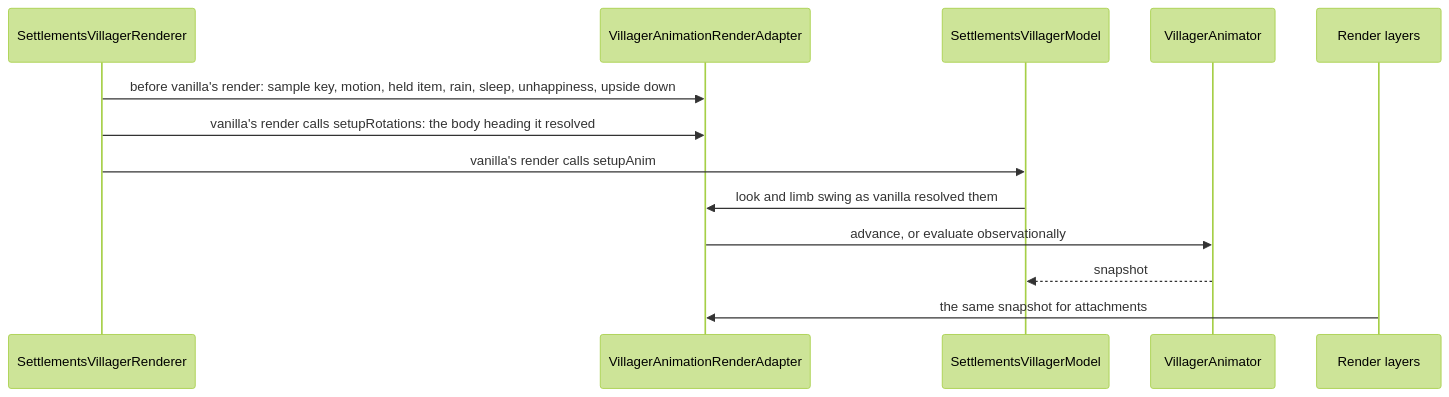
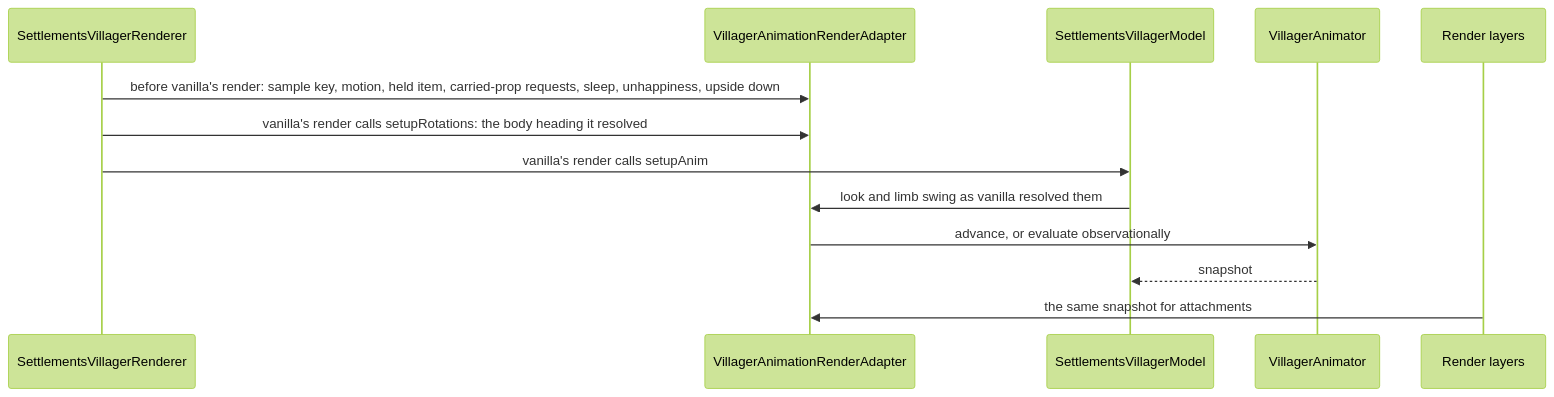
The third of 3 diagrams in docs/references/animation_system.md (breezes-dev/Settlements-Alpha), drawn with Mermaid (forest theme) before and after one commit. The commit also changed other lines of this file and 77 other files, not shown here.

````diff
--- a/docs/references/animation_system.md
+++ b/docs/references/animation_system.md
@@ -286,15 +289,15 @@
 ```mermaid
 sequenceDiagram
     participant Renderer as SettlementsVillagerRenderer
     participant Adapter as VillagerAnimationRenderAdapter
     participant Model as SettlementsVillagerModel
     participant Animator as VillagerAnimator
     participant Layers as Render layers
-    Renderer->>Adapter: before vanilla's render: sample key, motion, held item, rain, sleep, unhappiness, upside down
+    Renderer->>Adapter: before vanilla's render: sample key, motion, held item, carried-prop requests, sleep, unhappiness, upside down
     Renderer->>Adapter: vanilla's render calls setupRotations: the body heading it resolved
     Renderer->>Model: vanilla's render calls setupAnim
     Model->>Adapter: look and limb swing as vanilla resolved them
     Adapter->>Animator: advance, or evaluate observationally
     Animator-->>Model: snapshot
     Layers->>Adapter: the same snapshot for attachments
 ```
````
